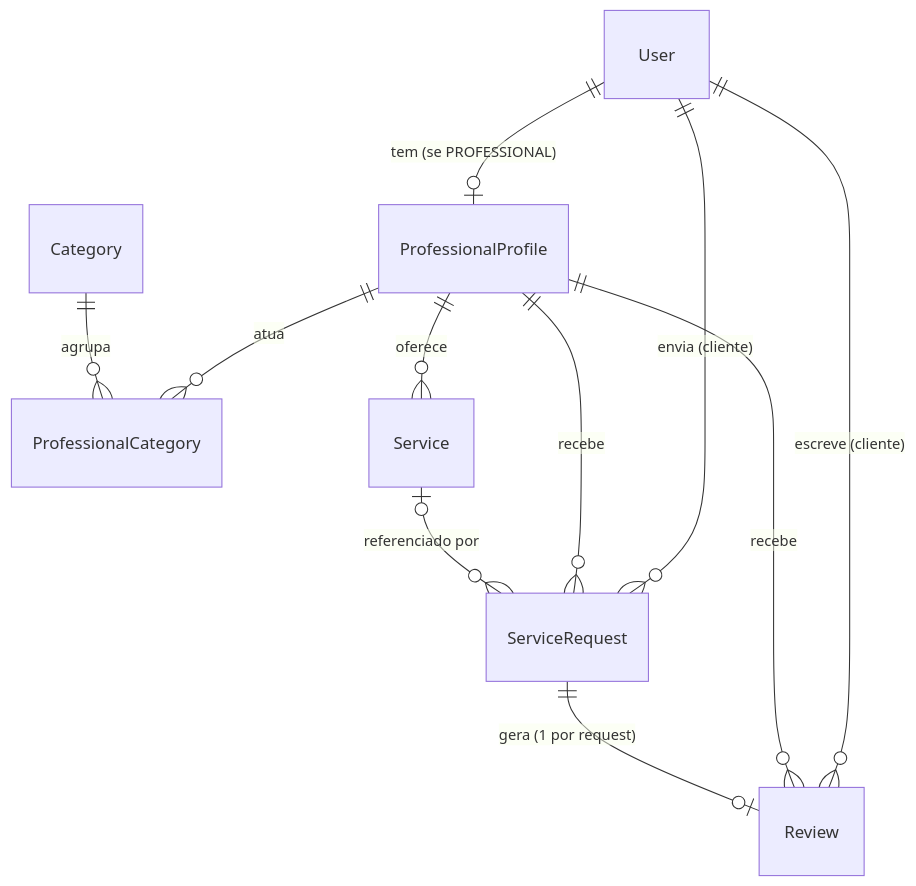
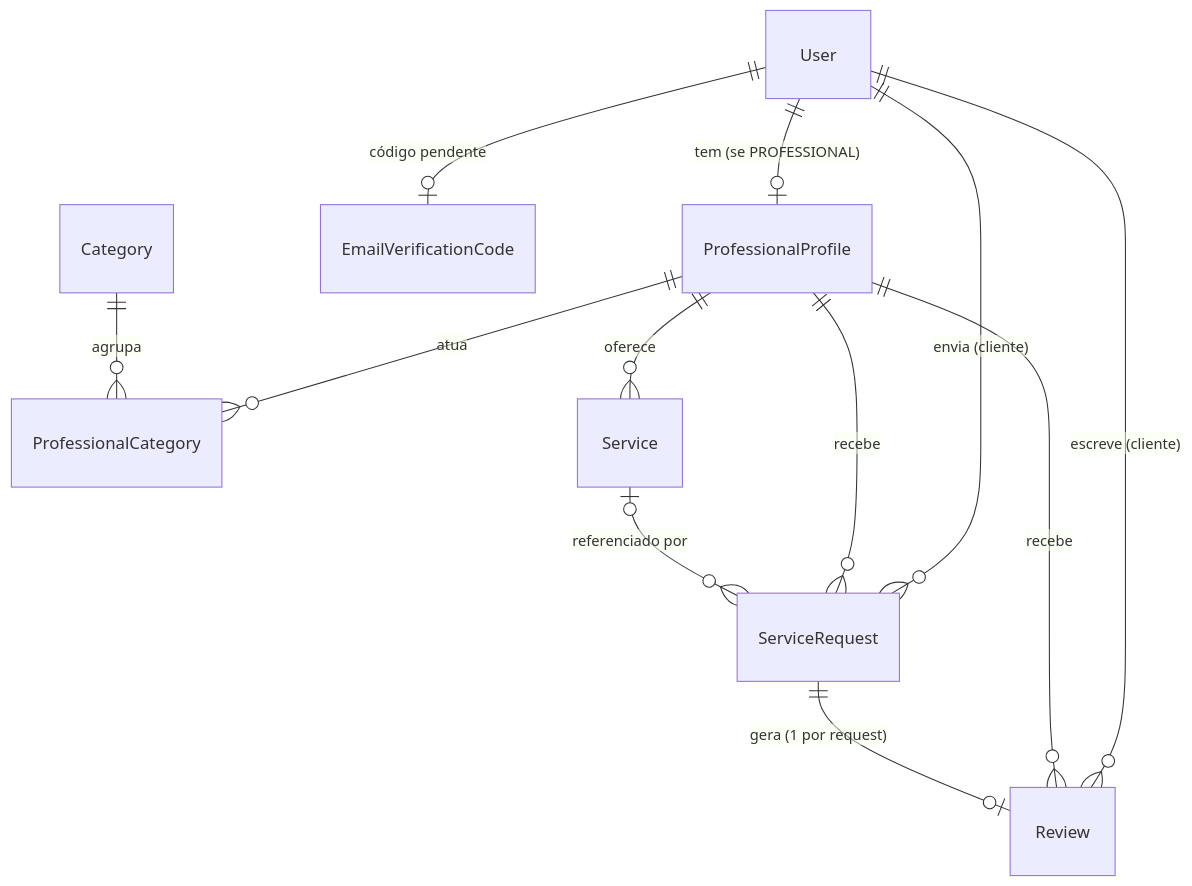
The diagram in docs/api/03-banco-de-dados.md (antonioclaudioofc/conectacn-api), drawn with Mermaid before and after one commit. The commit also changed other lines of this file and 33 other files, not shown here.

````diff
--- a/docs/api/03-banco-de-dados.md
+++ b/docs/api/03-banco-de-dados.md
@@ -11,13 +11,14 @@
 ```mermaid
 erDiagram
     User ||--o| ProfessionalProfile : "tem (se PROFESSIONAL)"
+    User ||--o| EmailVerificationCode : "código pendente"
     User ||--o{ ServiceRequest : "envia (cliente)"
     User ||--o{ Review : "escreve (cliente)"
     ProfessionalProfile ||--o{ ProfessionalCategory : atua
     Category ||--o{ ProfessionalCategory : agrupa
     ProfessionalProfile ||--o{ Service : oferece
     ProfessionalProfile ||--o{ ServiceRequest : recebe
     ProfessionalProfile ||--o{ Review : recebe
     Service |o--o{ ServiceRequest : "referenciado por"
     ServiceRequest ||--o| Review : "gera (1 por request)"
 ```
````
